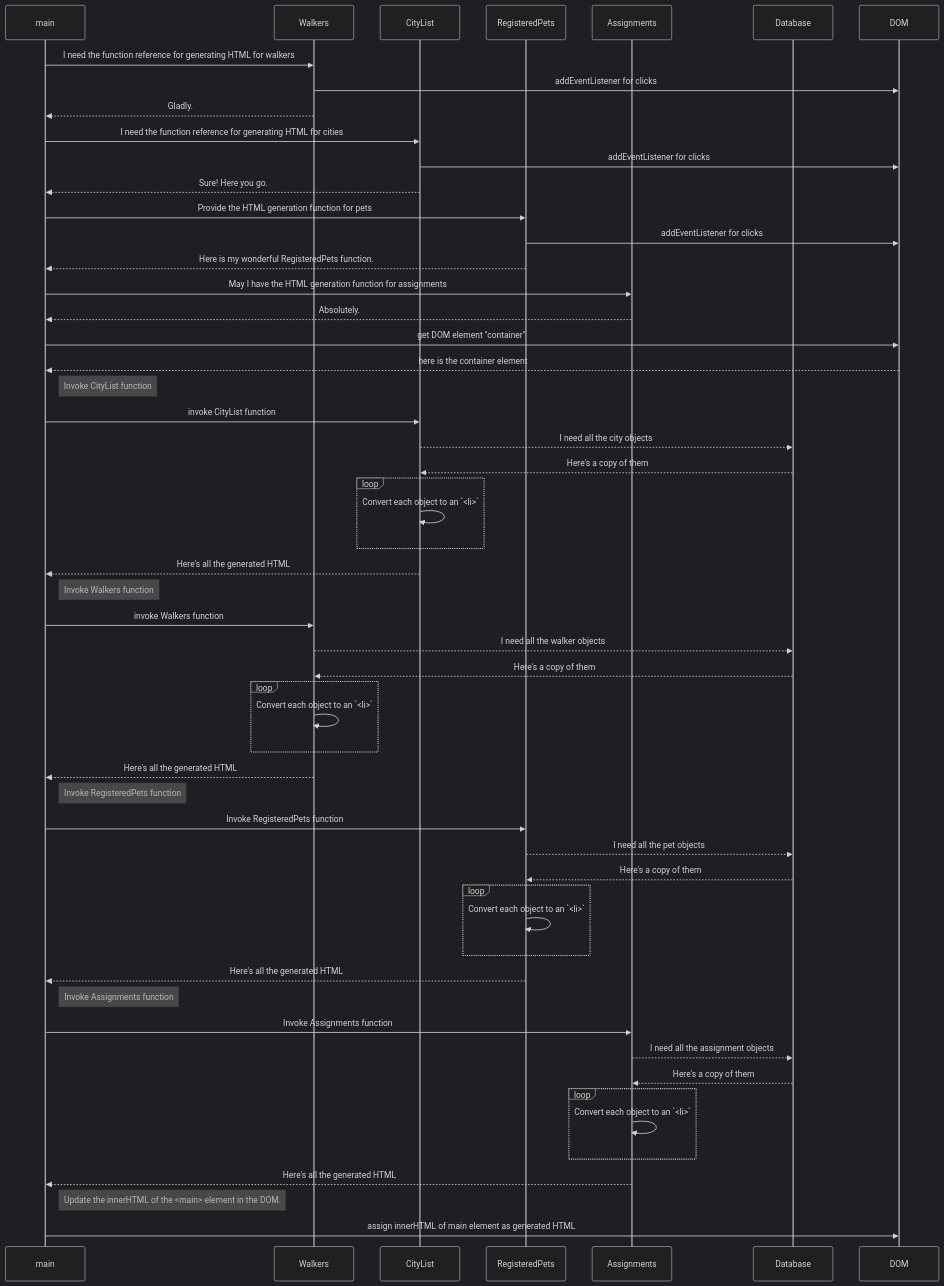
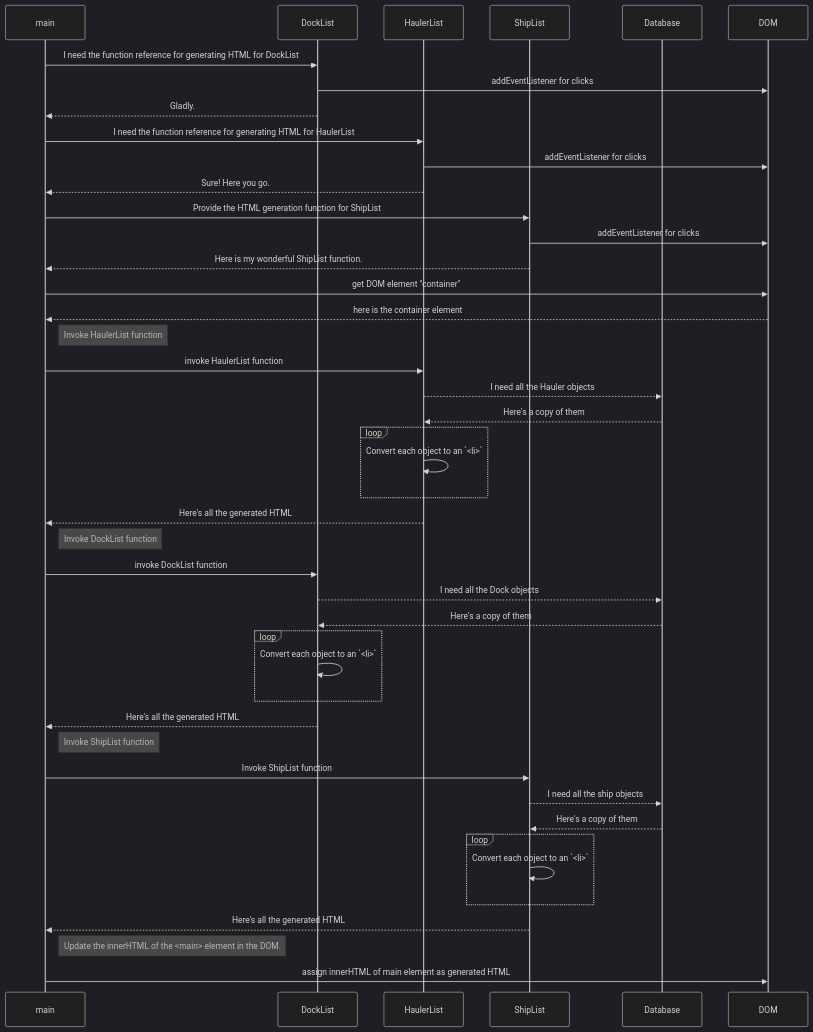
Before and after one commit to cmdrumright/shipping-ship-ships: the second of 3 diagrams in README.md, drawn with Mermaid (dark theme). The commit also changed other lines of this file, not shown here.

````diff
--- a/README.md
+++ b/README.md
@@ -20,56 +20,45 @@
 ```mermaid
 sequenceDiagram
     participant main
-    participant Walkers
-    participant CityList
-    participant RegisteredPets
-    participant Assignments
+    participant DockList
+    participant HaulerList
+    participant ShipList
     participant Database
-    main->>Walkers: I need the function reference for generating HTML for walkers
-    Walkers->>DOM: addEventListener for clicks
-    Walkers-->>main: Gladly.
-    main->>CityList: I need the function reference for generating HTML for cities
-    CityList->>DOM: addEventListener for clicks
-    CityList-->>main: Sure! Here you go.
-    main->>RegisteredPets: Provide the HTML generation function for pets
-    RegisteredPets->>DOM: addEventListener for clicks
-    RegisteredPets-->>main: Here is my wonderful RegisteredPets function.
-    main->>Assignments: May I have the HTML generation function for assignments
-    Assignments-->>main: Absolutely.
+    main->>DockList: I need the function reference for generating HTML for DockList
+    DockList->>DOM: addEventListener for clicks
+    DockList-->>main: Gladly.
+    main->>HaulerList: I need the function reference for generating HTML for HaulerList
+    HaulerList->>DOM: addEventListener for clicks
+    HaulerList-->>main: Sure! Here you go.
+    main->>ShipList: Provide the HTML generation function for ShipList
+    ShipList->>DOM: addEventListener for clicks
+    ShipList-->>main: Here is my wonderful ShipList function.
     main->>DOM: get DOM element "container"
     DOM-->>main: here is the container element
-    Note right of main: Invoke CityList function
-    main->>CityList: invoke CityList function
-    CityList-->>Database: I need all the city objects
-    Database-->>CityList: Here's a copy of them
+    Note right of main: Invoke HaulerList function
+    main->>HaulerList: invoke HaulerList function
+    HaulerList-->>Database: I need all the Hauler objects
+    Database-->>HaulerList: Here's a copy of them
     loop
-        CityList->>CityList: Convert each object to an `<li>`
+        HaulerList->>HaulerList: Convert each object to an `<li>`
     end
-    CityList-->>main: Here's all the generated HTML
-    Note right of main: Invoke Walkers function
-    main->>Walkers: invoke Walkers function
-    Walkers-->>Database: I need all the walker objects
-    Database-->>Walkers: Here's a copy of them
+    HaulerList-->>main: Here's all the generated HTML
+    Note right of main: Invoke DockList function
+    main->>DockList: invoke DockList function
+    DockList-->>Database: I need all the Dock objects
+    Database-->>DockList: Here's a copy of them
     loop
-        Walkers->>Walkers: Convert each object to an `<li>`
+        DockList->>DockList: Convert each object to an `<li>`
     end
-    Walkers-->>main: Here's all the generated HTML
-    Note right of main: Invoke RegisteredPets function
-    main->>RegisteredPets: Invoke RegisteredPets function
-    RegisteredPets-->>Database: I need all the pet objects
-    Database-->>RegisteredPets: Here's a copy of them
+    DockList-->>main: Here's all the generated HTML
+    Note right of main: Invoke ShipList function
+    main->>ShipList: Invoke ShipList function
+    ShipList-->>Database: I need all the ship objects
+    Database-->>ShipList: Here's a copy of them
     loop
-        RegisteredPets->>RegisteredPets: Convert each object to an `<li>`
+        ShipList->>ShipList: Convert each object to an `<li>`
     end
-    RegisteredPets-->>main: Here's all the generated HTML
-    Note right of main: Invoke Assignments function
-    main->>Assignments: Invoke Assignments function
-    Assignments-->>Database: I need all the assignment objects
-    Database-->>Assignments: Here's a copy of them
-    loop
-        Assignments->>Assignments: Convert each object to an `<li>`
-    end
-    Assignments-->>main: Here's all the generated HTML
+    ShipList-->>main: Here's all the generated HTML
     Note right of main: Update the innerHTML of the <main> element in the DOM.
     main->>DOM: assign innerHTML of main element as generated HTML
 ```
````
